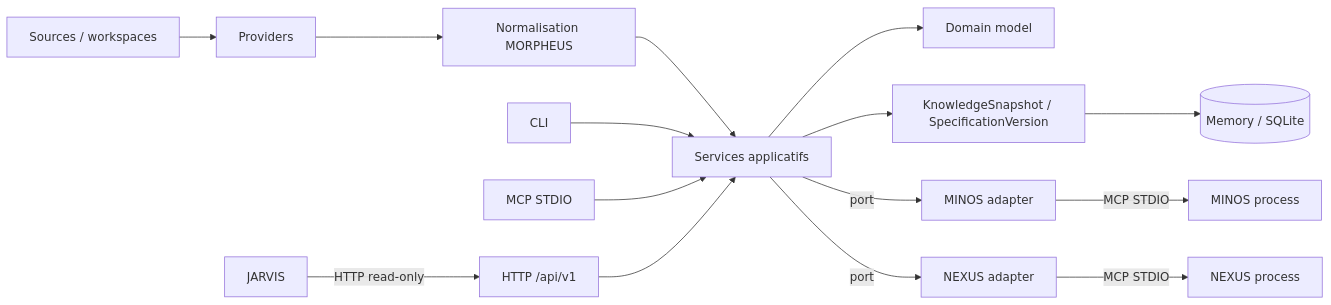
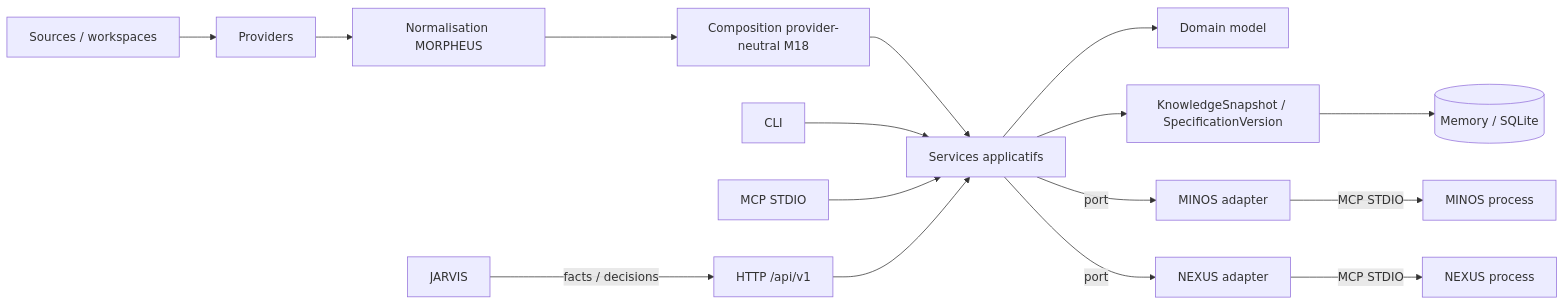
One commit to FTurleque/morpheus-engine changed the first of 5 diagrams in docs/developer/ARCHITECTURE.md. Above: the diagram before and after it, drawn with Mermaid. The commit also changed other lines of this file, not shown here.

Commit message:
docs(architecture): advance active architecture to M18

````diff
--- a/docs/developer/ARCHITECTURE.md
+++ b/docs/developer/ARCHITECTURE.md
@@ -9,19 +9,20 @@
 ```mermaid
 flowchart LR
     SRC[Sources / workspaces] --> PROVIDERS[Providers]
     PROVIDERS --> NORM[Normalisation MORPHEUS]
-    NORM --> APP[Services applicatifs]
+    NORM --> COMP[Composition provider-neutral M18]
+    COMP --> APP[Services applicatifs]
     APP --> DOMAIN[Domain model]
     APP --> SNAP[KnowledgeSnapshot / SpecificationVersion]
     SNAP --> STORE[(Memory / SQLite)]
 
     CLI[CLI] --> APP
     MCP[MCP STDIO] --> APP
     API[HTTP /api/v1] --> APP
 
     APP -->|port| MINOS[MINOS adapter]
     APP -->|port| NEXUS[NEXUS adapter]
     MINOS -->|MCP STDIO| MINOSRT[MINOS process]
     NEXUS -->|MCP STDIO| NEXUSRT[NEXUS process]
-    JARVIS[JARVIS] -->|HTTP read-only| API
+    JARVIS[JARVIS] -->|facts / decisions| API
 ```
````
